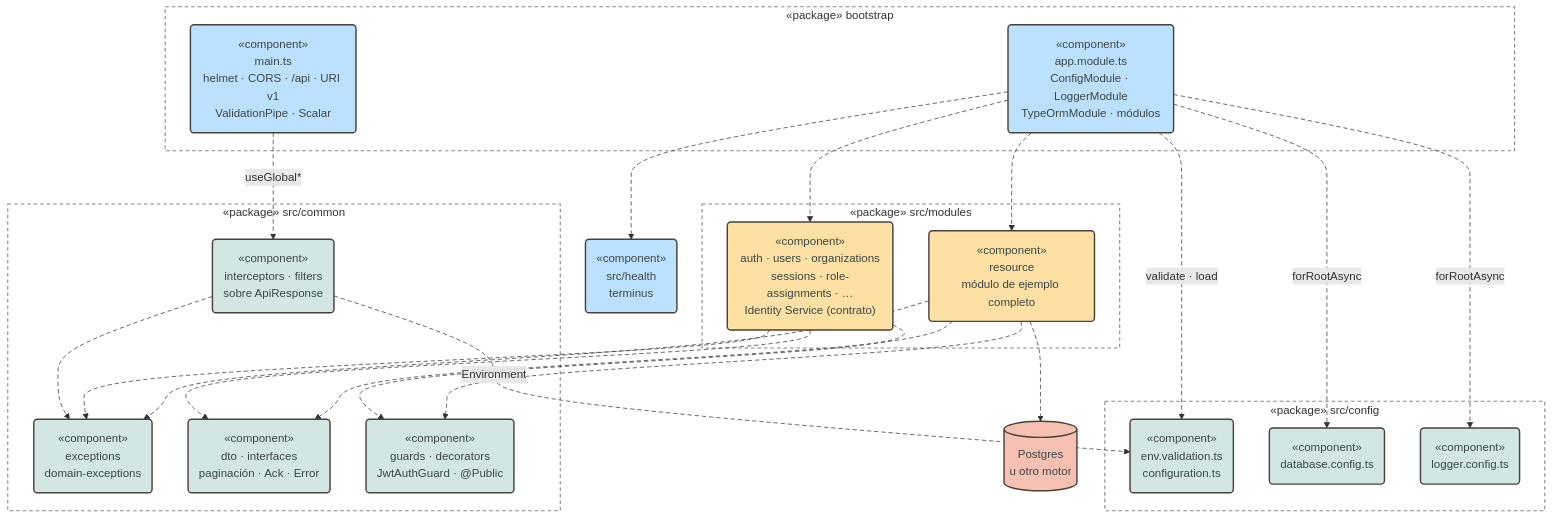
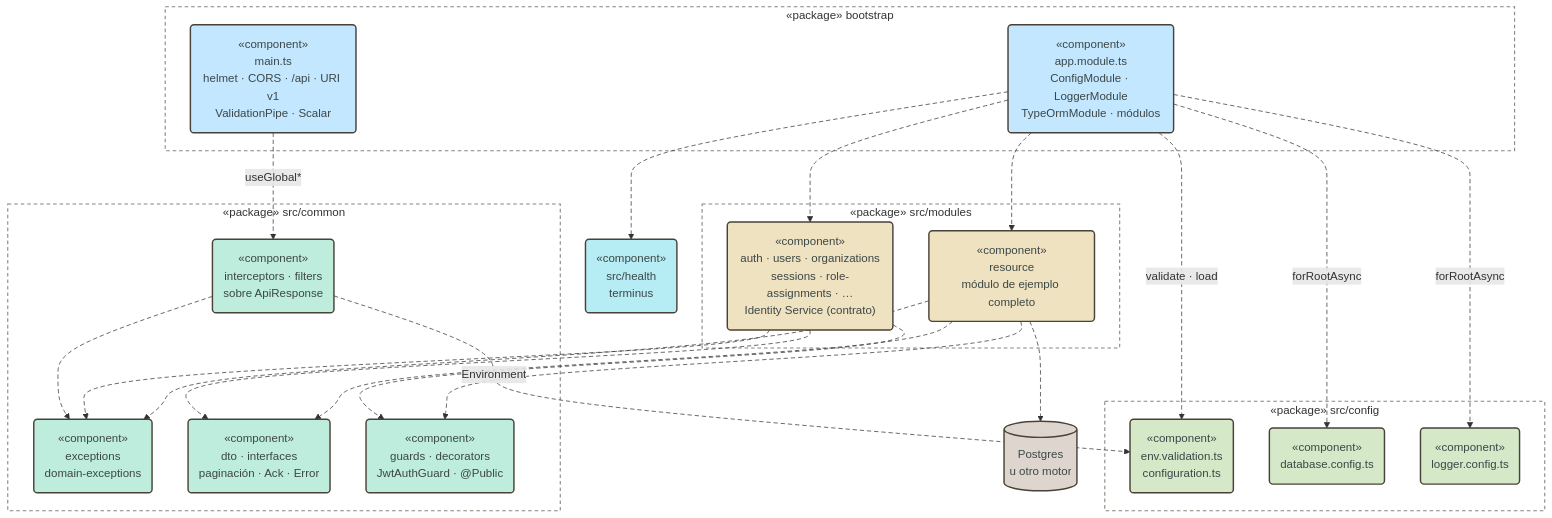
Before and after one commit to pcarroza91/nest-template: the first of 19 diagrams in docs/architecture.md, drawn with Mermaid. The commit also changed other lines of this file and 2 other files, not shown here.

First line of the commit message:
docs(architecture): colores por capa y componente en los diagramas Mermaid

````diff
--- a/docs/architecture.md
+++ b/docs/architecture.md
@@ -16,45 +16,49 @@
 ```mermaid
 flowchart TB
     subgraph BOOT["«package» bootstrap"]
         MAIN("«component»<br/>main.ts<br/>helmet · CORS · /api · URI v1<br/>ValidationPipe · Scalar")
         APPM("«component»<br/>app.module.ts<br/>ConfigModule · LoggerModule<br/>TypeOrmModule · módulos")
     end
     subgraph MODULES["«package» src/modules"]
         RES("«component»<br/>resource<br/>módulo de ejemplo completo")
         IDN("«component»<br/>auth · users · organizations<br/>sessions · role-assignments · …<br/>Identity Service (contrato)")
     end
     HEALTH("«component»<br/>src/health<br/>terminus")
     subgraph COMMON["«package» src/common"]
         RESP("«component»<br/>interceptors · filters<br/>sobre ApiResponse")
         EXC("«component»<br/>exceptions<br/>domain-exceptions")
         DTO("«component»<br/>dto · interfaces<br/>paginación · Ack · Error")
         SEC("«component»<br/>guards · decorators<br/>JwtAuthGuard · @Public")
     end
     subgraph CONFIG["«package» src/config"]
         ENV("«component»<br/>env.validation.ts<br/>configuration.ts")
         DBC("«component»<br/>database.config.ts")
         LOG("«component»<br/>logger.config.ts")
     end
     DB[("Postgres<br/>u otro motor")]
 
     APPM --> RES & IDN & HEALTH
     APPM -- "validate · load" --> ENV
     APPM -- "forRootAsync" --> DBC & LOG
     MAIN -- "useGlobal*" --> RESP
     RES & IDN -.-> EXC & DTO & SEC
     RESP -.-> EXC
     RESP -. "Environment" .-> ENV
     RES --> DB
 
-    classDef entry fill:#bce1ff,stroke:#494238,stroke-width:2px,color:#3c4747
-    classDef domain fill:#fde0a3,stroke:#494238,stroke-width:2px,color:#3c4747
-    classDef shared fill:#d2e7e4,stroke:#494238,stroke-width:2px,color:#3c4747
-    classDef ext fill:#f6c1b2,stroke:#494238,stroke-width:2px,color:#3c4747
+    classDef bootstrap fill:#c3e7ff,stroke:#494238,stroke-width:2px,color:#3c4747
+    classDef health fill:#b6ecf3,stroke:#494238,stroke-width:2px,color:#3c4747
+    classDef modules fill:#efe2c0,stroke:#494238,stroke-width:2px,color:#3c4747
+    classDef common fill:#beecdd,stroke:#494238,stroke-width:2px,color:#3c4747
+    classDef config fill:#d5e8c8,stroke:#494238,stroke-width:2px,color:#3c4747
+    classDef infra fill:#ded6ce,stroke:#494238,stroke-width:2px,color:#3c4747
     classDef pkg fill:transparent,stroke:#8a857d,stroke-width:1.5px,stroke-dasharray:5 4
-    class MAIN,APPM,HEALTH entry
-    class RES,IDN domain
-    class RESP,EXC,DTO,SEC,ENV,DBC,LOG shared
-    class DB ext
+    class MAIN,APPM bootstrap
+    class HEALTH health
+    class RES,IDN modules
+    class RESP,EXC,DTO,SEC common
+    class ENV,DBC,LOG config
+    class DB infra
     class BOOT,MODULES,COMMON,CONFIG pkg
     linkStyle default stroke-dasharray:6 4
 ```
````
